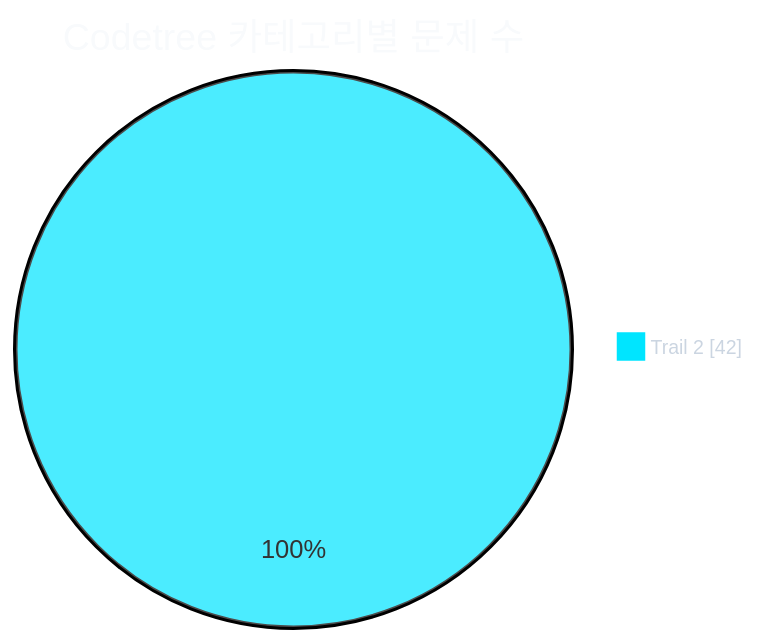
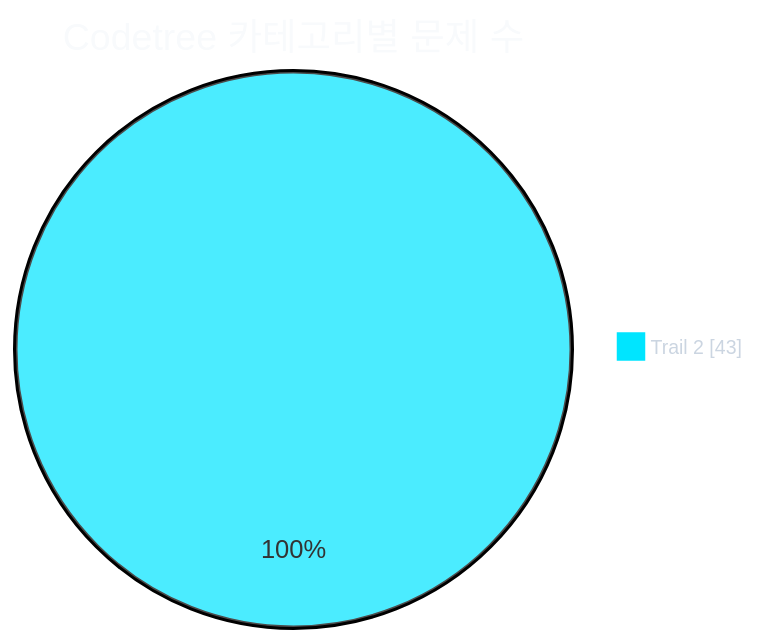
The first of 2 diagrams in readme.md (CHOOSLA/Algorithm), drawn with Mermaid before and after one commit. The commit also changed other lines of this file and 2 other files, not shown here.

````diff
--- a/readme.md
+++ b/readme.md
@@ -31,21 +31,21 @@
 ```mermaid
 ---
 config:
   theme: base
   themeVariables:
     background: '#0d1117'
     pieTitleTextColor: '#f8fafc'
     pieLegendTextColor: '#cbd5e1'
     pieLegendTextSize: '13px'
     pie1: '#00e5ff'
     pie2: '#22c55e'
     pie3: '#f59e0b'
     pie4: '#a855f7'
     pie5: '#ec4899'
     pie6: '#3b82f6'
     pie7: '#64748b'
 ---
 pie showData
   title Codetree 카테고리별 문제 수
-  "Trail 2" : 42
+  "Trail 2" : 43
 ```
````
